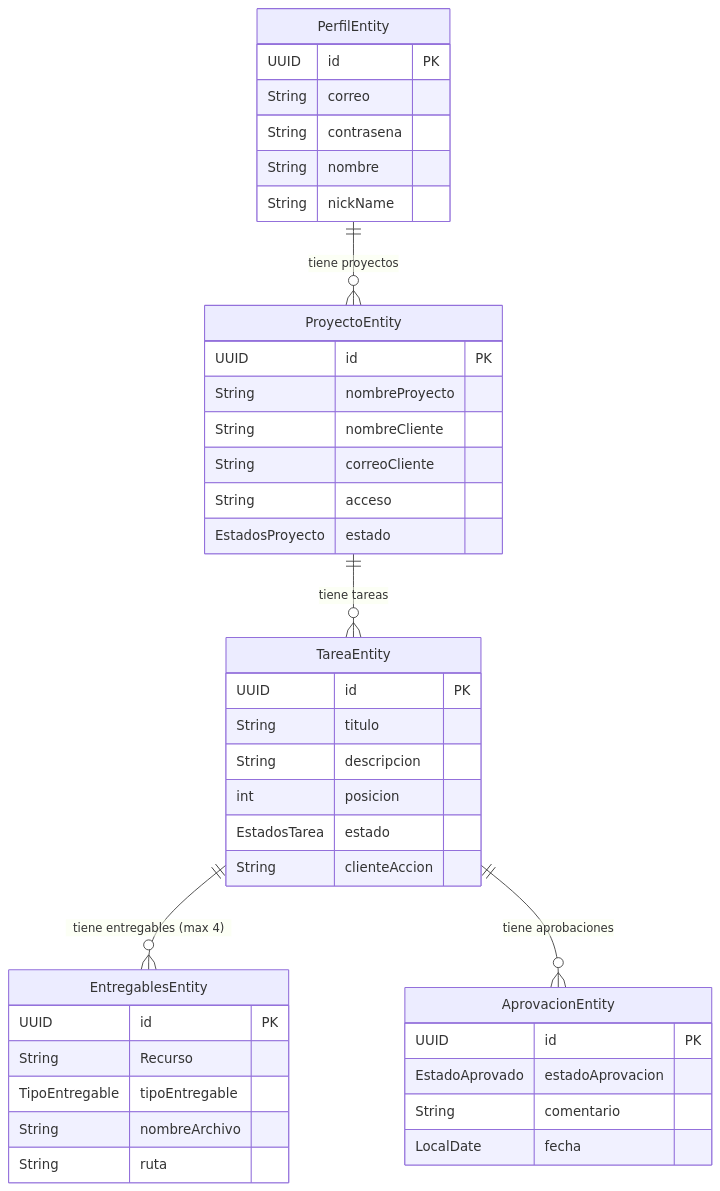
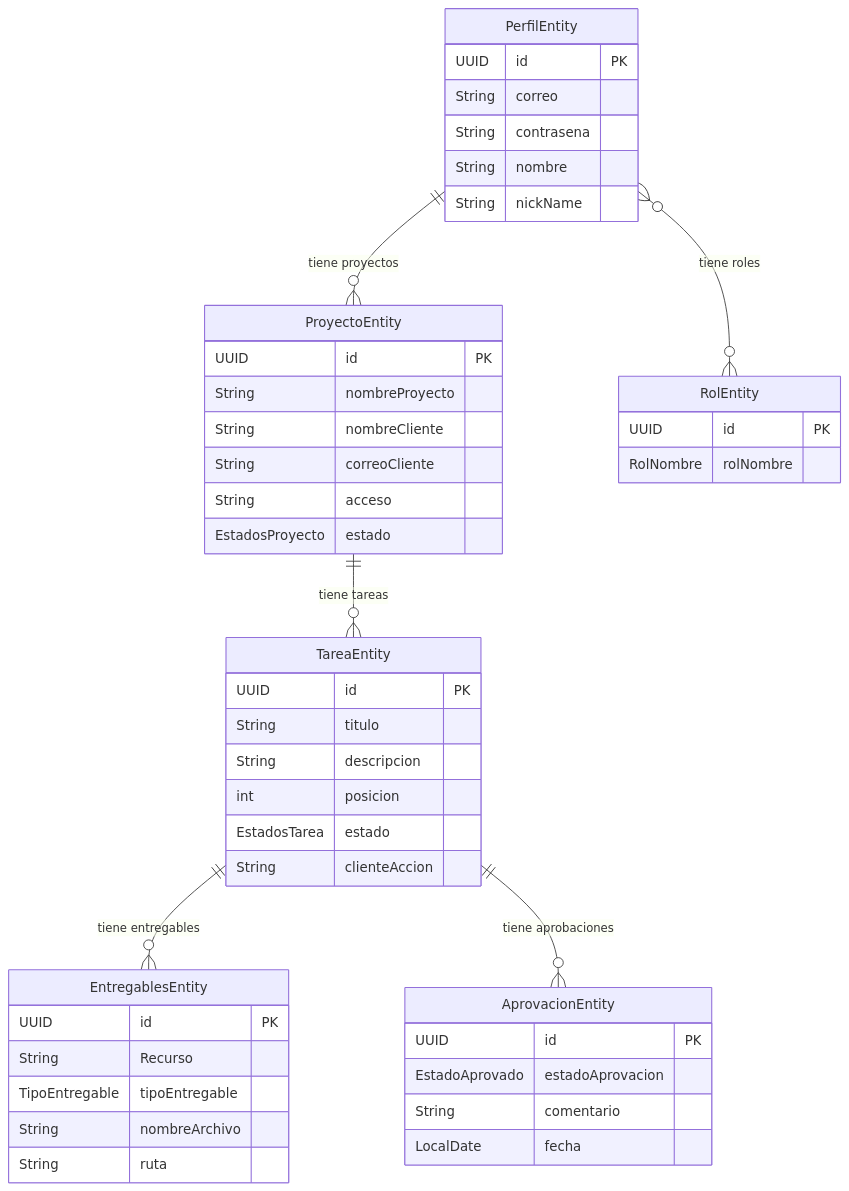
Before and after one commit to crsmusk/tablero-de-tareas: the second of 2 diagrams in docs/architecture.md, drawn with Mermaid. The commit also changed other lines of this file and 11 other files, not shown here.

````diff
--- a/docs/architecture.md
+++ b/docs/architecture.md
@@ -51,48 +54,54 @@
 ```mermaid
 erDiagram
     PerfilEntity ||--o{ ProyectoEntity : "tiene proyectos"
+    PerfilEntity }o--o{ RolEntity : "tiene roles"
     ProyectoEntity ||--o{ TareaEntity : "tiene tareas"
-    TareaEntity ||--o{ EntregablesEntity : "tiene entregables (max 4)"
+    TareaEntity ||--o{ EntregablesEntity : "tiene entregables"
     TareaEntity ||--o{ AprovacionEntity : "tiene aprobaciones"
 
     PerfilEntity {
         UUID id PK
         String correo
         String contrasena
         String nombre
         String nickName
+    }
+
+    RolEntity {
+        UUID id PK
+        RolNombre rolNombre
     }
 
     ProyectoEntity {
         UUID id PK
         String nombreProyecto
         String nombreCliente
         String correoCliente
         String acceso
         EstadosProyecto estado
     }
 
     TareaEntity {
         UUID id PK
         String titulo
         String descripcion
         int posicion
         EstadosTarea estado
         String clienteAccion
     }
 
     EntregablesEntity {
         UUID id PK
         String Recurso
         TipoEntregable tipoEntregable
         String nombreArchivo
         String ruta
     }
 
     AprovacionEntity {
         UUID id PK
         EstadoAprovado estadoAprovacion
         String comentario
         LocalDate fecha
     }
 ```
````
